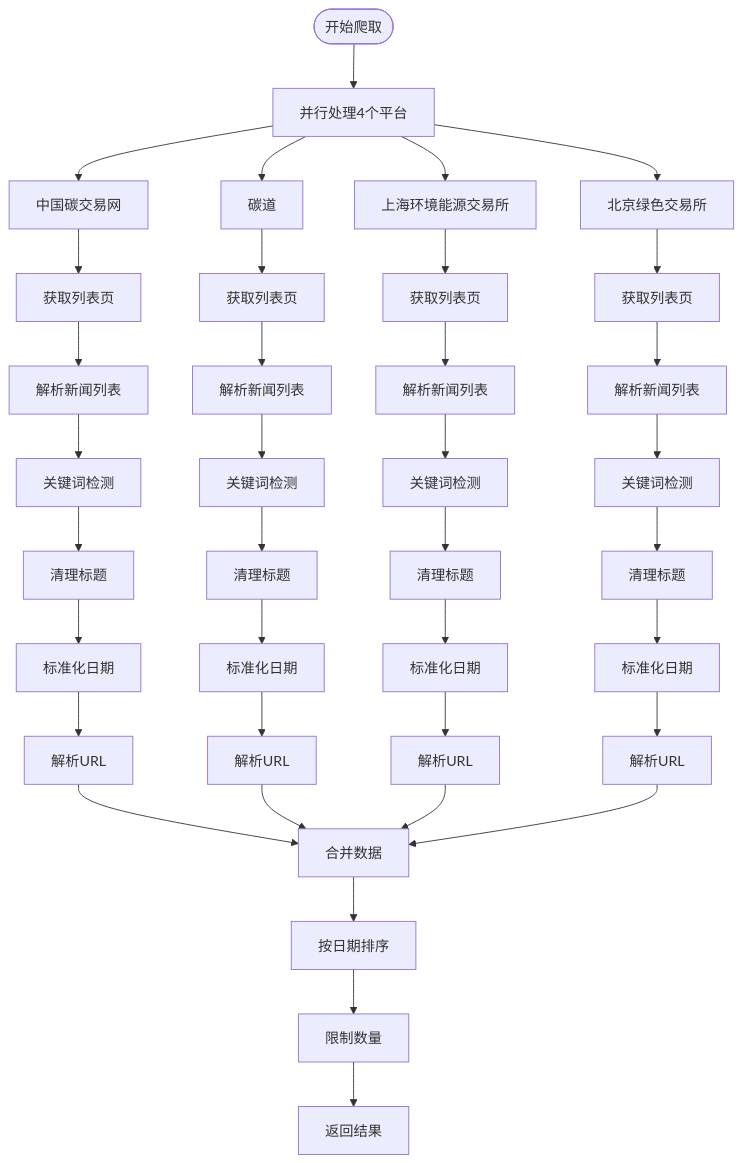
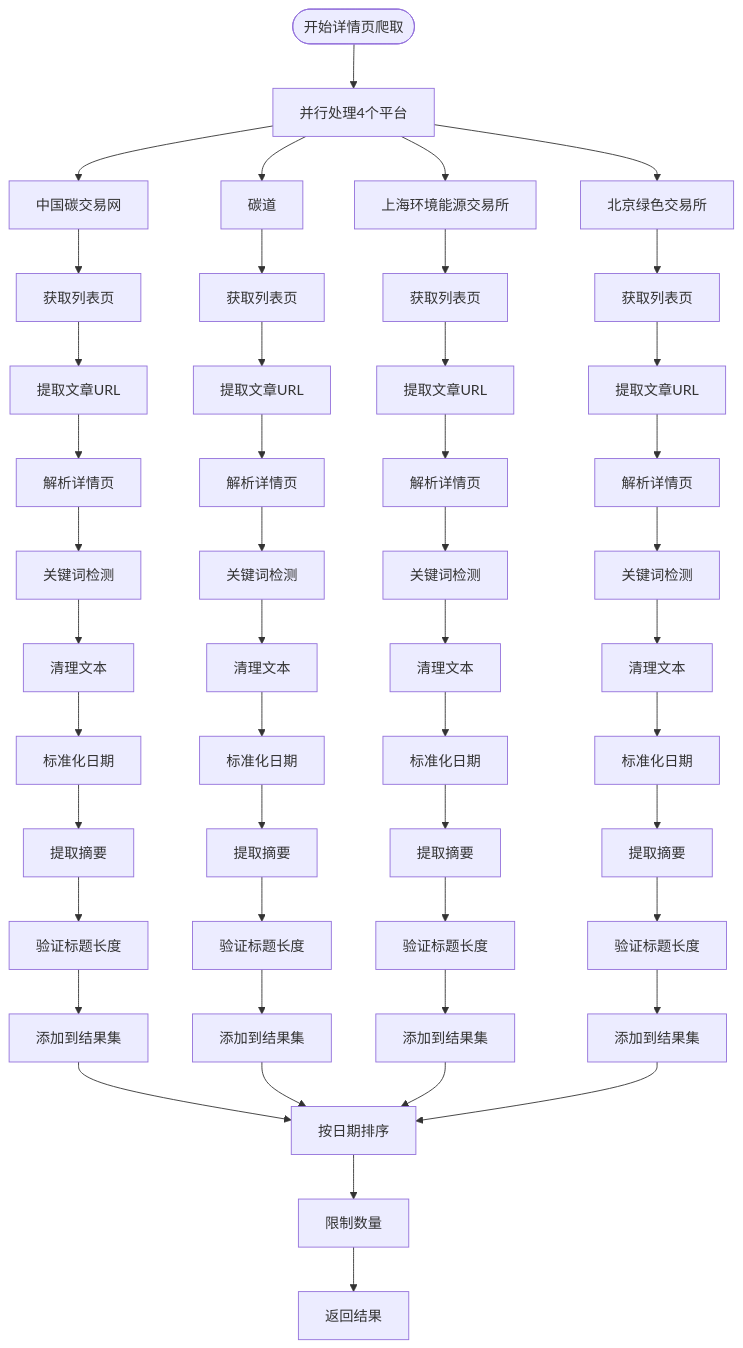
One commit to liangxuanliang-cmd/carbon-info-agent changed the third of 7 diagrams in .qoder/repowiki/zh/content/数据管理/新闻数据管理/新闻数据管理.md. Above: the diagram before and after it, drawn with Mermaid. The commit also changed other lines of this file and 8 other files, not shown here.

````diff
--- a/.qoder/repowiki/zh/content/数据管理/新闻数据管理/新闻数据管理.md
+++ b/.qoder/repowiki/zh/content/数据管理/新闻数据管理/新闻数据管理.md
@@ -210,39 +224,50 @@
 ```mermaid
 flowchart TD
-Start(["开始爬取"]) --> Parallel["并行处理4个平台"]
+Start(["开始详情页爬取"]) --> Parallel["并行处理4个平台"]
 Parallel --> China["中国碳交易网"]
 Parallel --> Carbon["碳道"]
 Parallel --> Shanghai["上海环境能源交易所"]
 Parallel --> Beijing["北京绿色交易所"]
 China --> Fetch1["获取列表页"]
 Carbon --> Fetch2["获取列表页"]
 Shanghai --> Fetch3["获取列表页"]
 Beijing --> Fetch4["获取列表页"]
-Fetch1 --> Parse1["解析新闻列表"]
-Fetch2 --> Parse2["解析新闻列表"]
-Fetch3 --> Parse3["解析新闻列表"]
-Fetch4 --> Parse4["解析新闻列表"]
-Parse1 --> Filter1["关键词检测"]
-Parse2 --> Filter2["关键词检测"]
-Parse3 --> Filter3["关键词检测"]
-Parse4 --> Filter4["关键词检测"]
-Filter1 --> Clean1["清理标题"]
-Filter2 --> Clean2["清理标题"]
-Filter3 --> Clean3["清理标题"]
-Filter4 --> Clean4["清理标题"]
+Fetch1 --> Extract1["提取文章URL"]
+Fetch2 --> Extract2["提取文章URL"]
+Fetch3 --> Extract3["提取文章URL"]
+Fetch4 --> Extract4["提取文章URL"]
+Extract1 --> Detail1["解析详情页"]
+Extract2 --> Detail2["解析详情页"]
+Extract3 --> Detail3["解析详情页"]
+Extract4 --> Detail4["解析详情页"]
+Detail1 --> Filter1["关键词检测"]
+Detail2 --> Filter2["关键词检测"]
+Detail3 --> Filter3["关键词检测"]
+Detail4 --> Filter4["关键词检测"]
+Filter1 --> Clean1["清理文本"]
+Filter2 --> Clean2["清理文本"]
+Filter3 --> Clean3["清理文本"]
+Filter4 --> Clean4["清理文本"]
 Clean1 --> Normalize1["标准化日期"]
 Clean2 --> Normalize2["标准化日期"]
 Clean3 --> Normalize3["标准化日期"]
 Clean4 --> Normalize4["标准化日期"]
-Normalize1 --> Resolve1["解析URL"]
-Normalize2 --> Resolve2["解析URL"]
-Normalize3 --> Resolve3["解析URL"]
-Normalize4 --> Resolve4["解析URL"]
-Resolve1 --> Merge["合并数据"]
-Resolve2 --> Merge
-Resolve3 --> Merge
-Resolve4 --> Merge
-Merge --> Sort["按日期排序"]
+Normalize1 --> Summary1["提取摘要"]
+Normalize2 --> Summary2["提取摘要"]
+Normalize3 --> Summary3["提取摘要"]
+Normalize4 --> Summary4["提取摘要"]
+Summary1 --> Validate1["验证标题长度"]
+Summary2 --> Validate2["验证标题长度"]
+Summary3 --> Validate3["验证标题长度"]
+Summary4 --> Validate4["验证标题长度"]
+Validate1 --> Push1["添加到结果集"]
+Validate2 --> Push2["添加到结果集"]
+Validate3 --> Push3["添加到结果集"]
+Validate4 --> Push4["添加到结果集"]
+Push1 --> Sort["按日期排序"]
+Push2 --> Sort
+Push3 --> Sort
+Push4 --> Sort
 Sort --> Limit["限制数量"]
 Limit --> Return["返回结果"]
 ```
````
